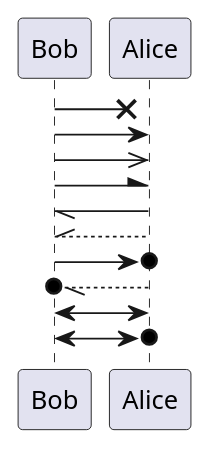
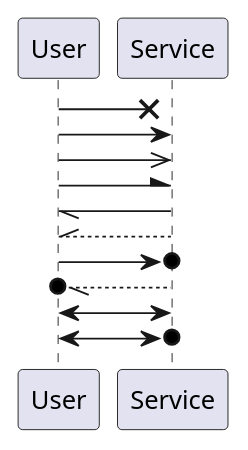
The diagram in 03-sequence-arrows.puml (rostamiani/plantuml-course), drawn with PlantUML before and after one commit. The commit also changed 1 other file, not shown here.

Commit message:
Fix sequence

```diff
--- a/03-sequence-arrows.puml
+++ b/03-sequence-arrows.puml
@@ -1,13 +1,13 @@
 @startuml
-Bob ->x Alice
-Bob -> Alice
-Bob ->> Alice
-Bob -\ Alice
-Bob \\- Alice
-Bob //-- Alice
-Bob ->o Alice
-Bob o\\-- Alice
+User ->x Service
+User -> Service
+User ->> Service
+User -\ Service
+User \\- Service
+User //-- Service
+User ->o Service
+User o\\-- Service
 
-Bob <-> Alice
-Bob <->o Alice
+User <-> Service
+User <->o Service
 @enduml
```
